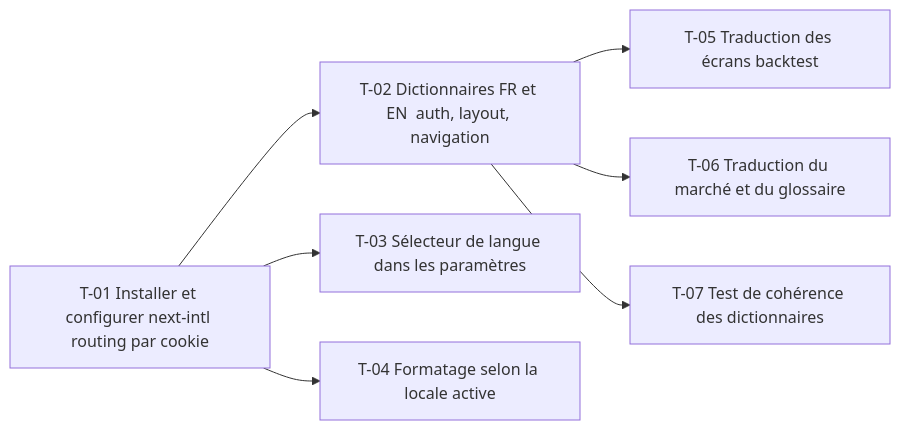
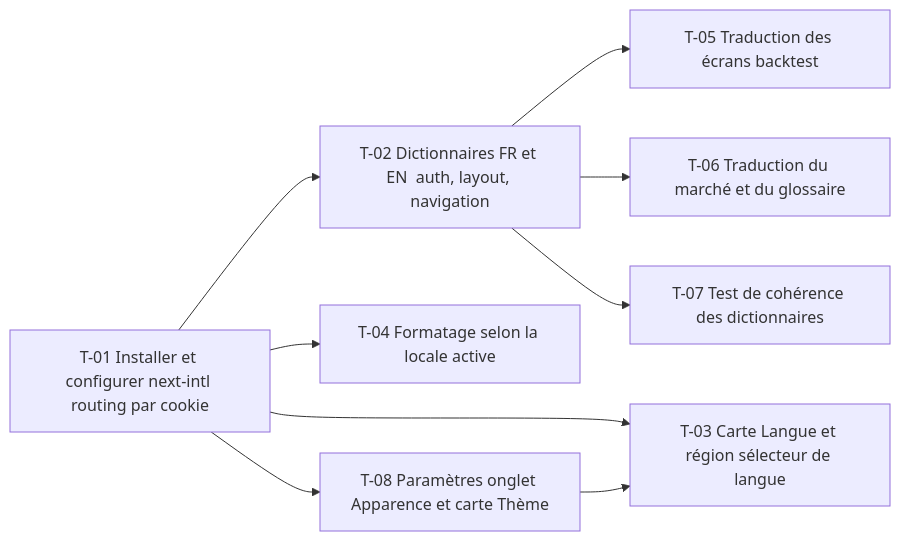
Before and after one commit to Matsuel/TradingPlateform: the diagram in roadmap/10-internationalisation/TASKS.md, drawn with Mermaid. The commit also changed other lines of this file and 3 other files, not shown here.

Commit message:
docs(roadmap): update feature description for internationalisation to include appearance settings

````diff
--- a/roadmap/10-internationalisation/TASKS.md
+++ b/roadmap/10-internationalisation/TASKS.md
@@ -30,16 +31,19 @@
 ```mermaid
 flowchart LR
     T01[T-01 Installer et configurer next-intl routing par cookie]
     T02[T-02 Dictionnaires FR et EN  auth, layout, navigation]
-    T03[T-03 Sélecteur de langue dans les paramètres]
+    T03[T-03 Carte Langue et région sélecteur de langue]
     T04[T-04 Formatage selon la locale active]
     T05[T-05 Traduction des écrans backtest]
     T06[T-06 Traduction du marché et du glossaire]
     T07[T-07 Test de cohérence des dictionnaires]
+    T08[T-08 Paramètres onglet Apparence et carte Thème]
     T01 --> T02
     T01 --> T03
+    T01 --> T08
+    T08 --> T03
     T01 --> T04
     T02 --> T05
     T02 --> T06
     T02 --> T07
 ```
````
